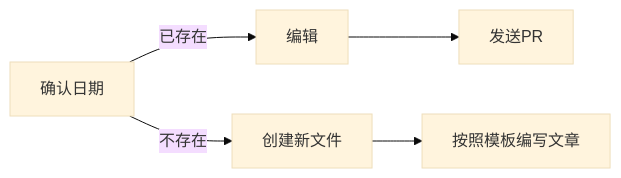
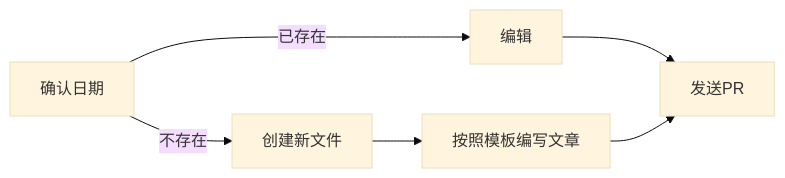
Before and after one commit to Over-Run/blog: the diagram in index.md, drawn with Mermaid (base theme).

````diff
--- a/index.md
+++ b/index.md
@@ -9,5 +9,5 @@
 ```mermaid
 graph LR
-queryDate[确认日期] -- 已存在 --> edit[编辑] --> 发送PR
-queryDate -- 不存在 --> 创建新文件 --> 按照模板编写文章
+queryDate[确认日期] -- 已存在 --> 编辑 --> createPr["发送PR"]
+queryDate -- 不存在 --> 创建新文件 --> 按照模板编写文章 --> createPr
 ```
````
